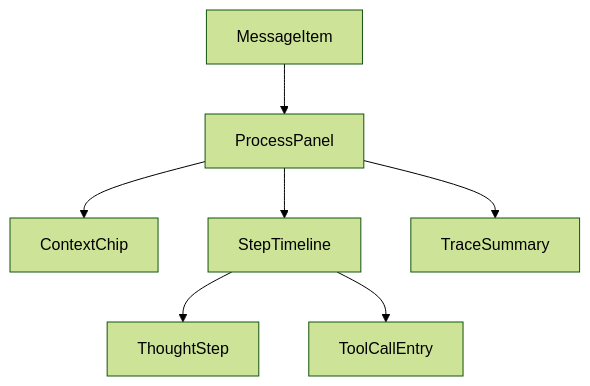
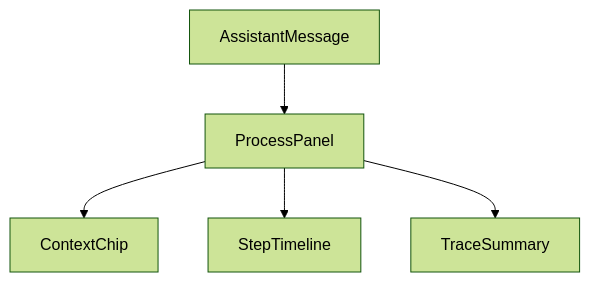
Before and after one commit to earthy-zinc/dehaze-system: the first of 2 diagrams in dehaze-doc/docs/03-模块设计/核心模块/AI对话/可观测性/前端实现.md, drawn with Mermaid (forest theme). The commit also changed other lines of this file and 2348 other files, not shown here.

````diff
--- a/dehaze-doc/docs/03-模块设计/核心模块/AI对话/可观测性/前端实现.md
+++ b/dehaze-doc/docs/03-模块设计/核心模块/AI对话/可观测性/前端实现.md
@@ -22,9 +24,7 @@
 ```mermaid
 flowchart TD
-    MessageItem --> ProcessPanel
+    AssistantMessage --> ProcessPanel
     ProcessPanel --> ContextChip
     ProcessPanel --> StepTimeline
-    StepTimeline --> ThoughtStep
-    StepTimeline --> ToolCallEntry
     ProcessPanel --> TraceSummary
 ```
````
